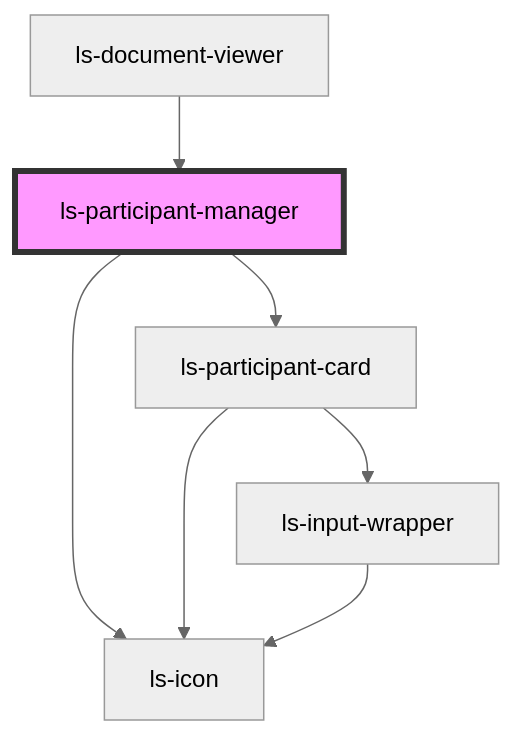
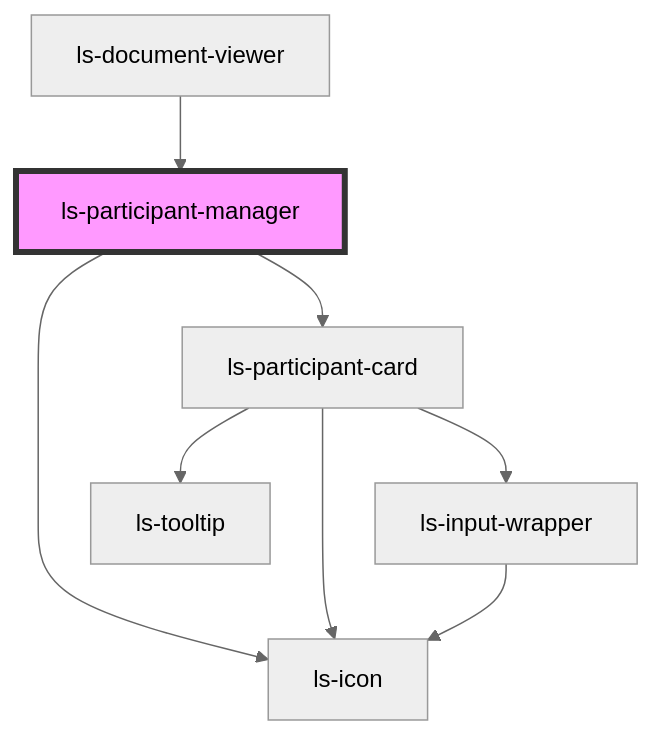
The diagram in src/components/ls-participant-manager/readme.md (legalesign/ls-document-viewer), drawn with Mermaid (neutral theme) before and after one commit. The commit also changed other lines of this file and 34 other files, not shown here.

````diff
--- a/src/components/ls-participant-manager/readme.md
+++ b/src/components/ls-participant-manager/readme.md
@@ -37,10 +37,11 @@
 ```mermaid
 graph TD;
   ls-participant-manager --> ls-participant-card
   ls-participant-manager --> ls-icon
   ls-participant-card --> ls-icon
   ls-participant-card --> ls-input-wrapper
+  ls-participant-card --> ls-tooltip
   ls-input-wrapper --> ls-icon
   ls-document-viewer --> ls-participant-manager
   style ls-participant-manager fill:#f9f,stroke:#333,stroke-width:4px
 ```
````
